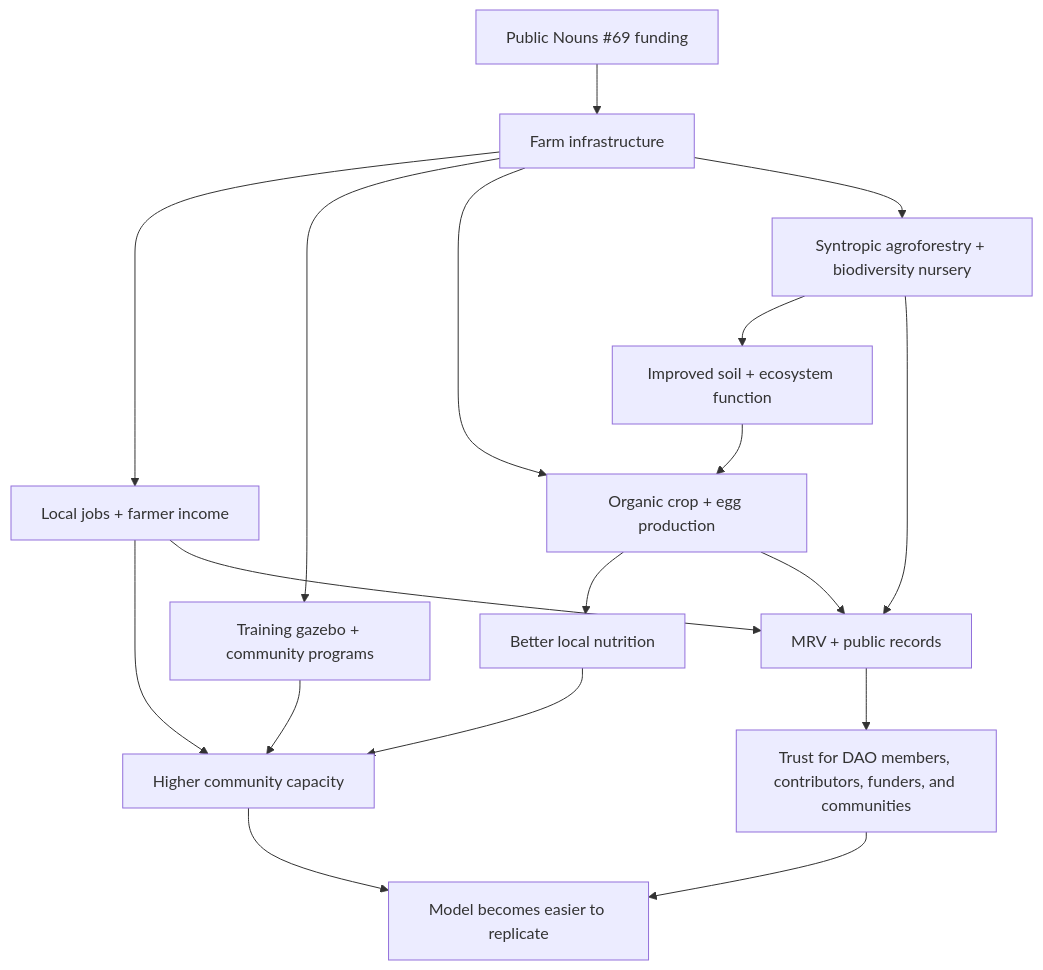
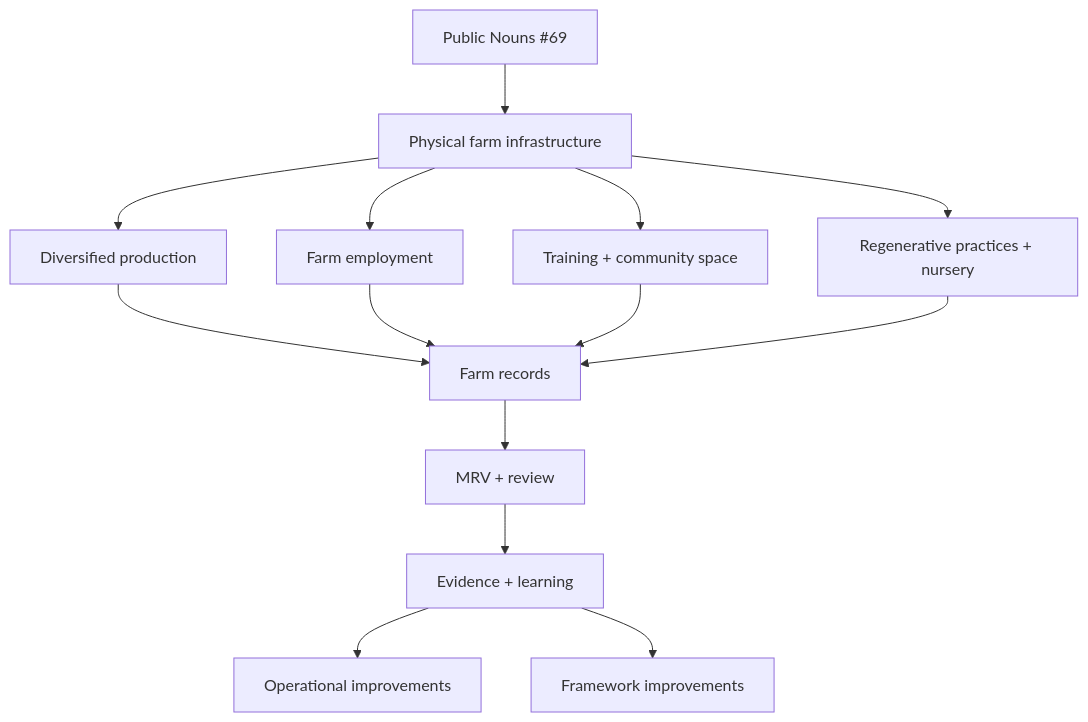
Before and after one commit to wasalo/Kokonut-Public-Site: the second of 2 diagrams in ecosystem-wiki/kokonut-farms/adelphi/problem-and-solution.mdx, drawn with Mermaid. The commit also changed other lines of this file, not shown here.

````diff
--- a/ecosystem-wiki/kokonut-farms/adelphi/problem-and-solution.mdx
+++ b/ecosystem-wiki/kokonut-farms/adelphi/problem-and-solution.mdx
@@ -273,22 +327,19 @@
 ```mermaid
 flowchart TD
-    PN["Public Nouns #69 funding"] --> INFRA["Farm infrastructure"]
-    INFRA --> JOBS["Local jobs + farmer income"]
-    INFRA --> EDU["Training gazebo + community programs"]
-    INFRA --> FOOD["Organic crop + egg production"]
-    INFRA --> BIO["Syntropic agroforestry + biodiversity nursery"]
+    PN["Public Nouns #69"] --> INFRA["Physical farm infrastructure"]
 
-    JOBS --> CAP["Higher community capacity"]
-    EDU --> CAP
-    FOOD --> HEALTH["Better local nutrition"]
-    BIO --> LAND["Improved soil + ecosystem function"]
-    CAP --> REPL["Model becomes easier to replicate"]
-    HEALTH --> CAP
-    LAND --> FOOD
+    INFRA --> PROD["Diversified production"]
+    INFRA --> JOBS["Farm employment"]
+    INFRA --> EDU["Training + community space"]
+    INFRA --> ECO["Regenerative practices + nursery"]
 
-    MRV["MRV + public records"] --> TRUST["Trust for DAO members, contributors, funders, and communities"]
-    FOOD --> MRV
-    BIO --> MRV
-    JOBS --> MRV
-    TRUST --> REPL
+    PROD --> RECORDS["Farm records"]
+    JOBS --> RECORDS
+    EDU --> RECORDS
+    ECO --> RECORDS
+
+    RECORDS --> MRV["MRV + review"]
+    MRV --> LEARN["Evidence + learning"]
+    LEARN --> OPS["Operational improvements"]
+    LEARN --> FRAMEWORK["Framework improvements"]
 ```
````
